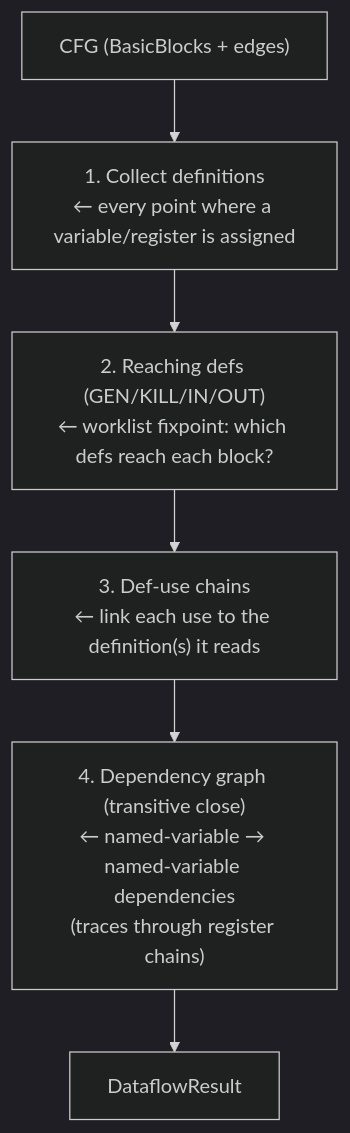
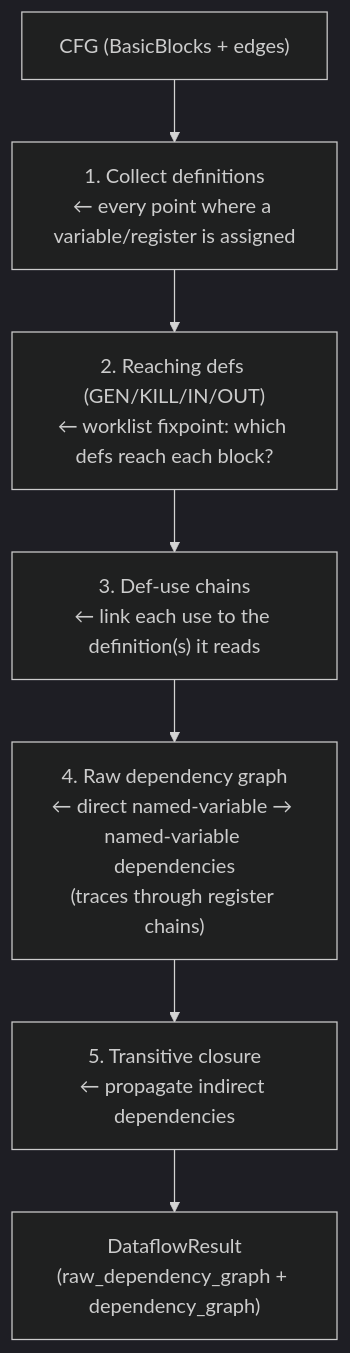
The first of 4 diagrams in docs/notes-on-dataflow-design.md (avishek-sen-gupta/red-dragon), drawn with Mermaid (dark theme) before and after one commit. The commit also changed other lines of this file and 1 other file, not shown here.

First line of the commit message:
Update VM and dataflow design docs for LiteLLM and raw dependency graph

````diff
--- a/docs/notes-on-dataflow-design.md
+++ b/docs/notes-on-dataflow-design.md
@@ -28,11 +28,12 @@
 ```mermaid
 flowchart TD
     CFG["CFG (BasicBlocks + edges)"]
     S1["1. Collect definitions\n← every point where a variable/register is assigned"]
     S2["2. Reaching defs (GEN/KILL/IN/OUT)\n← worklist fixpoint: which defs reach each block?"]
     S3["3. Def-use chains\n← link each use to the definition(s) it reads"]
-    S4["4. Dependency graph (transitive close)\n← named-variable → named-variable dependencies\n(traces through register chains)"]
-    DR["DataflowResult"]
+    S4["4. Raw dependency graph\n← direct named-variable → named-variable dependencies\n(traces through register chains)"]
+    S5["5. Transitive closure\n← propagate indirect dependencies"]
+    DR["DataflowResult\n(raw_dependency_graph + dependency_graph)"]
 
-    CFG --> S1 --> S2 --> S3 --> S4 --> DR
+    CFG --> S1 --> S2 --> S3 --> S4 --> S5 --> DR
 ```
````
